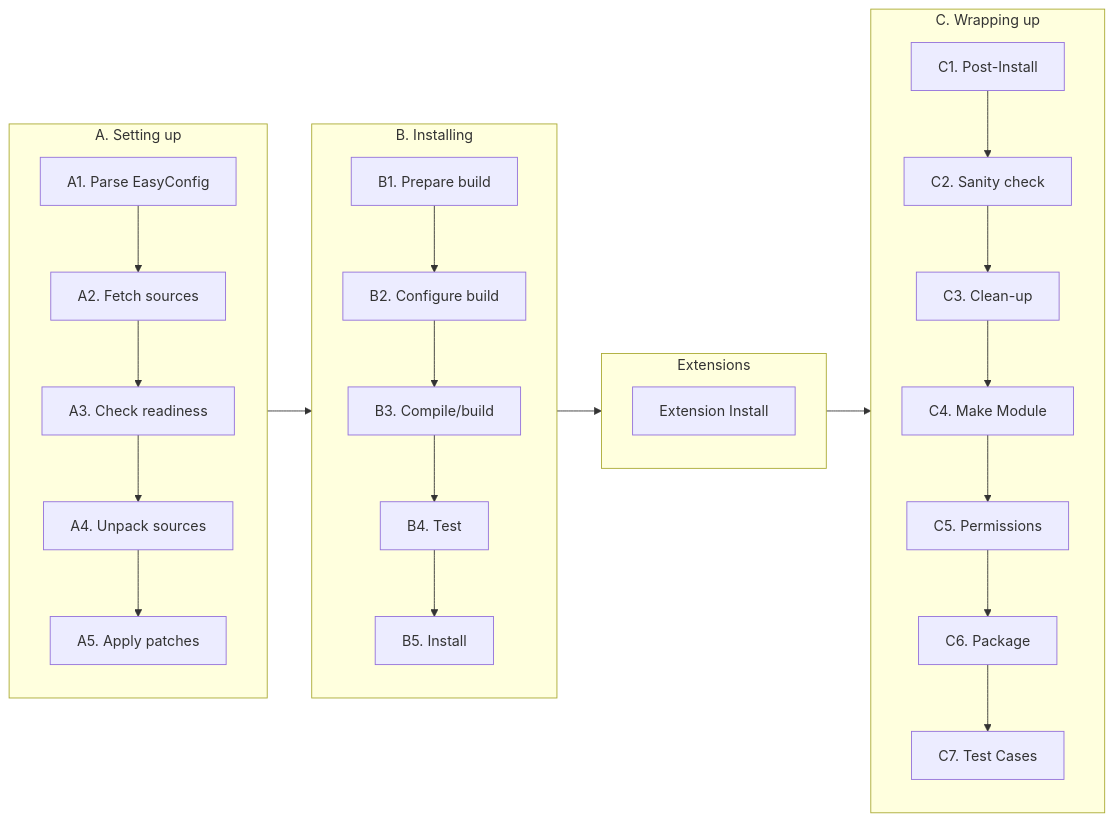
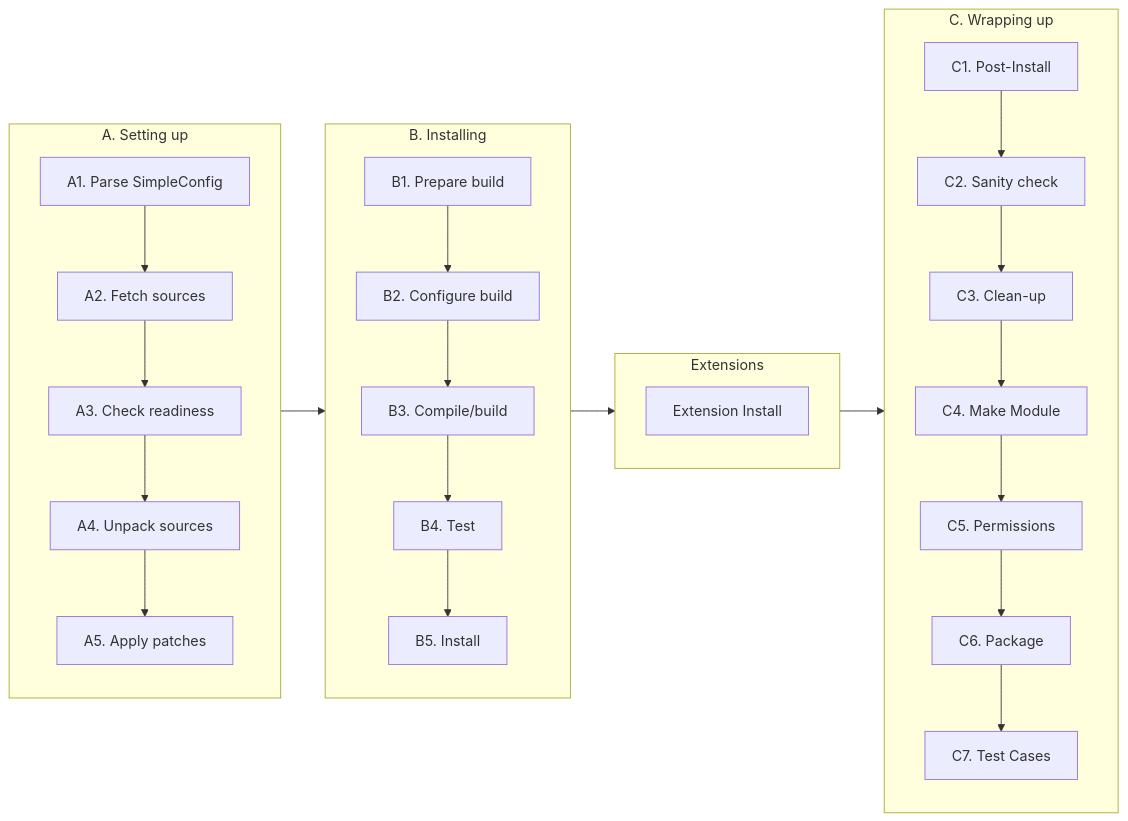
Before and after one commit to easybuilders/easybuild-docs: the second of 3 diagrams in docs/framework-overview.md, drawn with Mermaid. The commit also changed other lines of this file and 106 other files, not shown here.

````diff
--- a/docs/framework-overview.md
+++ b/docs/framework-overview.md
@@ -111,49 +111,49 @@
 ```mermaid
 flowchart LR
     subgraph source_phase [A. Setting up]
         direction TB
-        parse[A1. Parse EasyConfig]
+        parse[A1. Parse SimpleConfig]
         fetch[A2. Fetch sources]
         check[A3. Check readiness]
         unpack[A4. Unpack sources]
         patch[A5. Apply patches]
         parse --> fetch
         fetch --> check
         check --> unpack
         unpack --> patch
     end
     subgraph build_phase [B. Installing]
         direction TB
         prepare[B1. Prepare build]
         config[B2. Configure build]
         build[B3. Compile/build]
         test[B4. Test]
         install[B5. Install]
         prepare --> config
         config --> build
         build --> test
         test --> install
     end
     subgraph ext_phase [Extensions]
         ext_install[Extension Install]
     end
     subgraph clean_phase [C. Wrapping up]
         direction TB
         postinstall[C1. Post-Install]
         sanity[C2. Sanity check]
         clean[C3. Clean-up]
         module[C4. Make Module]
         perms[C5. Permissions]
         package[C6. Package]
         testcases[C7. Test Cases]
         postinstall --> sanity
         sanity --> clean
         clean --> module
         module --> perms
         perms --> package
         package --> testcases
     end
     source_phase --> build_phase
     build_phase --> ext_phase
     ext_phase --> clean_phase
 ```
````
